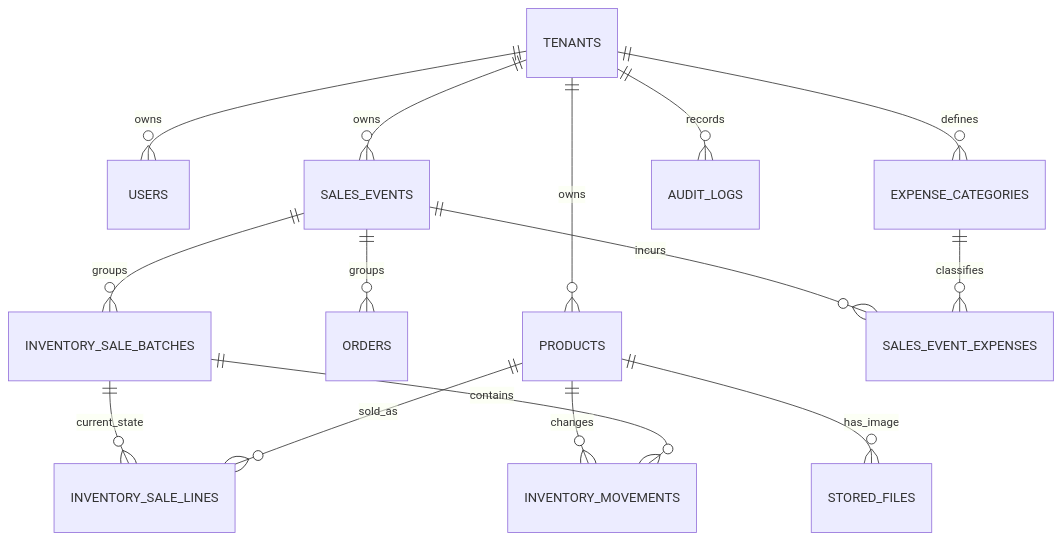
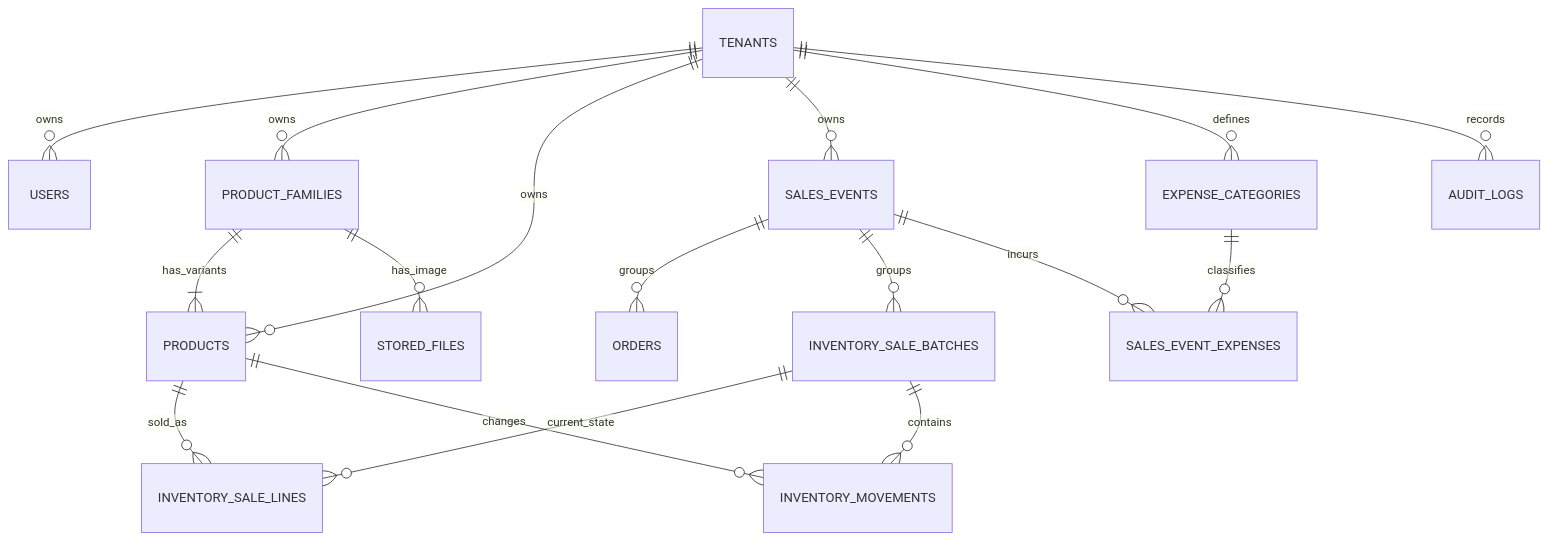
Before and after one commit to SleeeeepKing/inventory-art: the diagram in docs/database-schema.md, drawn with Mermaid. The commit also changed other lines of this file and 23 other files, not shown here.

````diff
--- a/docs/database-schema.md
+++ b/docs/database-schema.md
@@ -7,17 +7,19 @@
 ```mermaid
 erDiagram
     TENANTS ||--o{ USERS : owns
+    TENANTS ||--o{ PRODUCT_FAMILIES : owns
     TENANTS ||--o{ PRODUCTS : owns
+    PRODUCT_FAMILIES ||--|{ PRODUCTS : has_variants
     TENANTS ||--o{ SALES_EVENTS : owns
     SALES_EVENTS ||--o{ ORDERS : groups
     SALES_EVENTS ||--o{ INVENTORY_SALE_BATCHES : groups
     INVENTORY_SALE_BATCHES ||--o{ INVENTORY_SALE_LINES : current_state
     PRODUCTS ||--o{ INVENTORY_SALE_LINES : sold_as
     PRODUCTS ||--o{ INVENTORY_MOVEMENTS : changes
     INVENTORY_SALE_BATCHES ||--o{ INVENTORY_MOVEMENTS : contains
     TENANTS ||--o{ EXPENSE_CATEGORIES : defines
     SALES_EVENTS ||--o{ SALES_EVENT_EXPENSES : incurs
     EXPENSE_CATEGORIES ||--o{ SALES_EVENT_EXPENSES : classifies
-    PRODUCTS ||--o{ STORED_FILES : has_image
+    PRODUCT_FAMILIES ||--o{ STORED_FILES : has_image
     TENANTS ||--o{ AUDIT_LOGS : records
 ```
````
